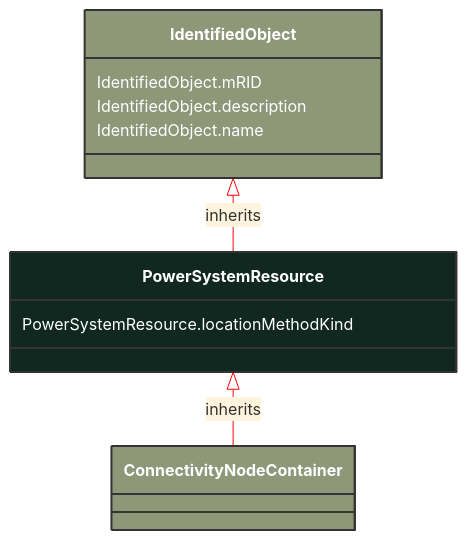
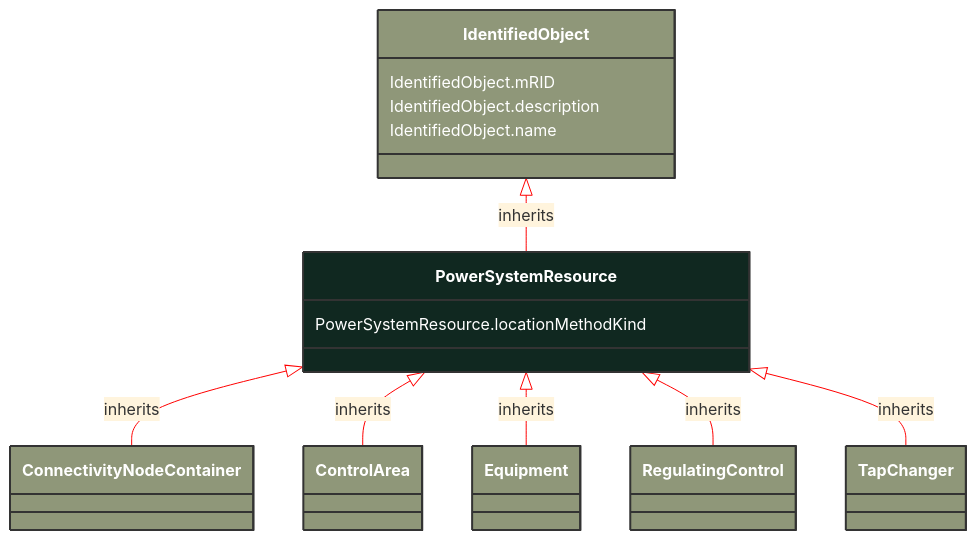
The diagram in docs/Models/Profiles/Telemark-120Equipment/AbstractClasses/PowerSystemResource.md (3lbits/NoCIMExtensions), drawn with Mermaid before and after one commit. The commit also changed 63 other files, not shown here.

````diff
--- a/docs/Models/Profiles/Telemark-120Equipment/AbstractClasses/PowerSystemResource.md
+++ b/docs/Models/Profiles/Telemark-120Equipment/AbstractClasses/PowerSystemResource.md
@@ -10,24 +10,48 @@
 ```mermaid
 %%{init: {'theme':'base','themeVariables': {'lineColor': '#FF0000'}}}%%
 classDiagram
     class PowerSystemResource
     click PowerSystemResource href "/Models/Profiles/Telemark-120Equipment/AbstractClasses/PowerSystemResource/"
     style PowerSystemResource fill:#102820,stroke:#333,stroke-width:2px,rx:10,ry:10,color:white
 
         PowerSystemResource <|-- ConnectivityNodeContainer : inherits
 
         ConnectivityNodeContainer
             click ConnectivityNodeContainer href "/Models/Profiles/Telemark-120Equipment/ConcreteClasses/ConnectivityNodeContainer/"
             style ConnectivityNodeContainer fill:#8F9779,stroke:#333,stroke-width:2px,rx:10,ry:10,color:white
+
+        PowerSystemResource <|-- ControlArea : inherits
+
+        ControlArea
+            click ControlArea href "/Models/Profiles/Telemark-120Equipment/ConcreteClasses/ControlArea/"
+            style ControlArea fill:#8F9779,stroke:#333,stroke-width:2px,rx:10,ry:10,color:white
+
+        PowerSystemResource <|-- Equipment : inherits
+
+        Equipment
+            click Equipment href "/Models/Profiles/Telemark-120Equipment/AbstractClasses/Equipment/"
+            style Equipment fill:#8F9779,stroke:#333,stroke-width:2px,rx:10,ry:10,color:white
+
+        PowerSystemResource <|-- RegulatingControl : inherits
+
+        RegulatingControl
+            click RegulatingControl href "/Models/Profiles/Telemark-120Equipment/ConcreteClasses/RegulatingControl/"
+            style RegulatingControl fill:#8F9779,stroke:#333,stroke-width:2px,rx:10,ry:10,color:white
+
+        PowerSystemResource <|-- TapChanger : inherits
+
+        TapChanger
+            click TapChanger href "/Models/Profiles/Telemark-120Equipment/AbstractClasses/TapChanger/"
+            style TapChanger fill:#8F9779,stroke:#333,stroke-width:2px,rx:10,ry:10,color:white
      
         IdentifiedObject <|-- PowerSystemResource : inherits
             click IdentifiedObject href "/Models/Profiles/Telemark-120Equipment/AbstractClasses/IdentifiedObject/"
             style IdentifiedObject fill:#8F9779,stroke:#333,stroke-width:2px,rx:10,ry:10,color:white
 
 
 
         PowerSystemResource : PowerSystemResource.locationMethodKind
         IdentifiedObject : IdentifiedObject.mRID
         IdentifiedObject : IdentifiedObject.description
         IdentifiedObject : IdentifiedObject.name
 ```
````
